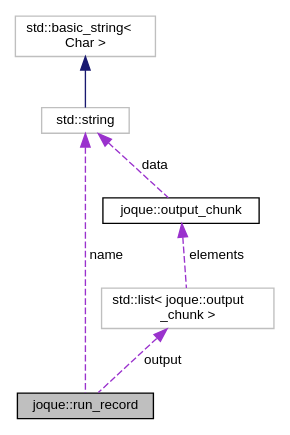
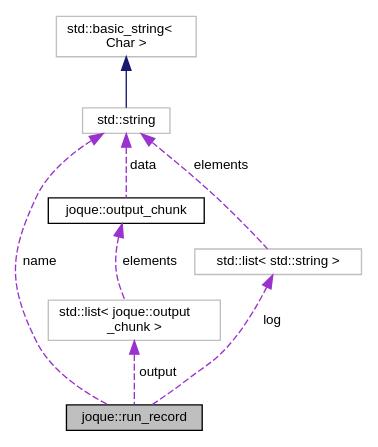
One commit to koniarik/joque changed the diagram in structjoque_1_1run__record__coll__graph.dot. Above: the diagram before and after it, drawn with Graphviz. The commit also changed 256 other files, not shown here.

```diff
--- a/structjoque_1_1run__record__coll__graph.dot
+++ b/structjoque_1_1run__record__coll__graph.dot
@@ -1,16 +1,19 @@
 digraph "joque::run_record"
 {
  // LATEX_PDF_SIZE
   edge [fontname="Helvetica",fontsize="10",labelfontname="Helvetica",labelfontsize="10"];
   node [fontname="Helvetica",fontsize="10",shape=record];
   Node1 [label="joque::run_record",height=0.2,width=0.4,color="black", fillcolor="grey75", style="filled", fontcolor="black",tooltip="Record storing information about a run of one task, produced during single execution once for each ta..."];
   Node2 -> Node1 [dir="back",color="darkorchid3",fontsize="10",style="dashed",label=" name" ,fontname="Helvetica"];
   Node2 [label="std::string",height=0.2,width=0.4,color="grey75", fillcolor="white", style="filled",tooltip=" "];
   Node3 -> Node2 [dir="back",color="midnightblue",fontsize="10",style="solid",fontname="Helvetica"];
   Node3 [label="std::basic_string\<\l Char \>",height=0.2,width=0.4,color="grey75", fillcolor="white", style="filled",tooltip=" "];
   Node4 -> Node1 [dir="back",color="darkorchid3",fontsize="10",style="dashed",label=" output" ,fontname="Helvetica"];
   Node4 [label="std::list\< joque::output\l_chunk \>",height=0.2,width=0.4,color="grey75", fillcolor="white", style="filled",tooltip=" "];
   Node5 -> Node4 [dir="back",color="darkorchid3",fontsize="10",style="dashed",label=" elements" ,fontname="Helvetica"];
   Node5 [label="joque::output_chunk",height=0.2,width=0.4,color="black", fillcolor="white", style="filled",URL="$structjoque_1_1output__chunk.html",tooltip=" "];
   Node2 -> Node5 [dir="back",color="darkorchid3",fontsize="10",style="dashed",label=" data" ,fontname="Helvetica"];
+  Node6 -> Node1 [dir="back",color="darkorchid3",fontsize="10",style="dashed",label=" log" ,fontname="Helvetica"];
+  Node6 [label="std::list\< std::string \>",height=0.2,width=0.4,color="grey75", fillcolor="white", style="filled",tooltip=" "];
+  Node2 -> Node6 [dir="back",color="darkorchid3",fontsize="10",style="dashed",label=" elements" ,fontname="Helvetica"];
 }
```
